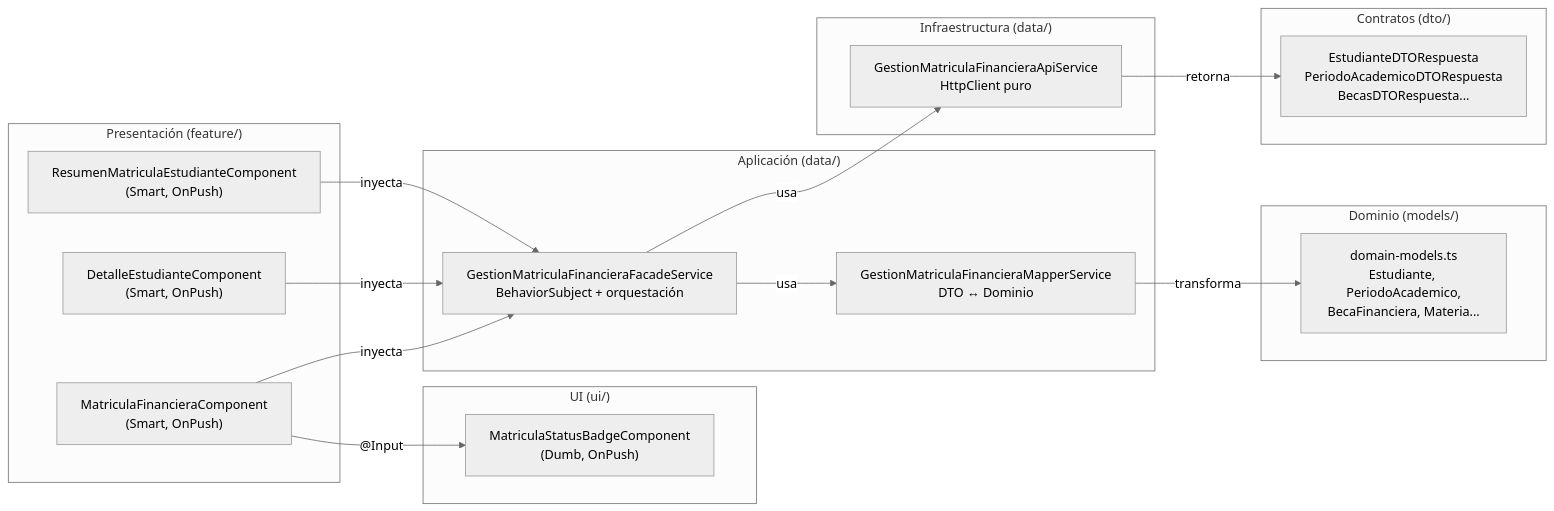
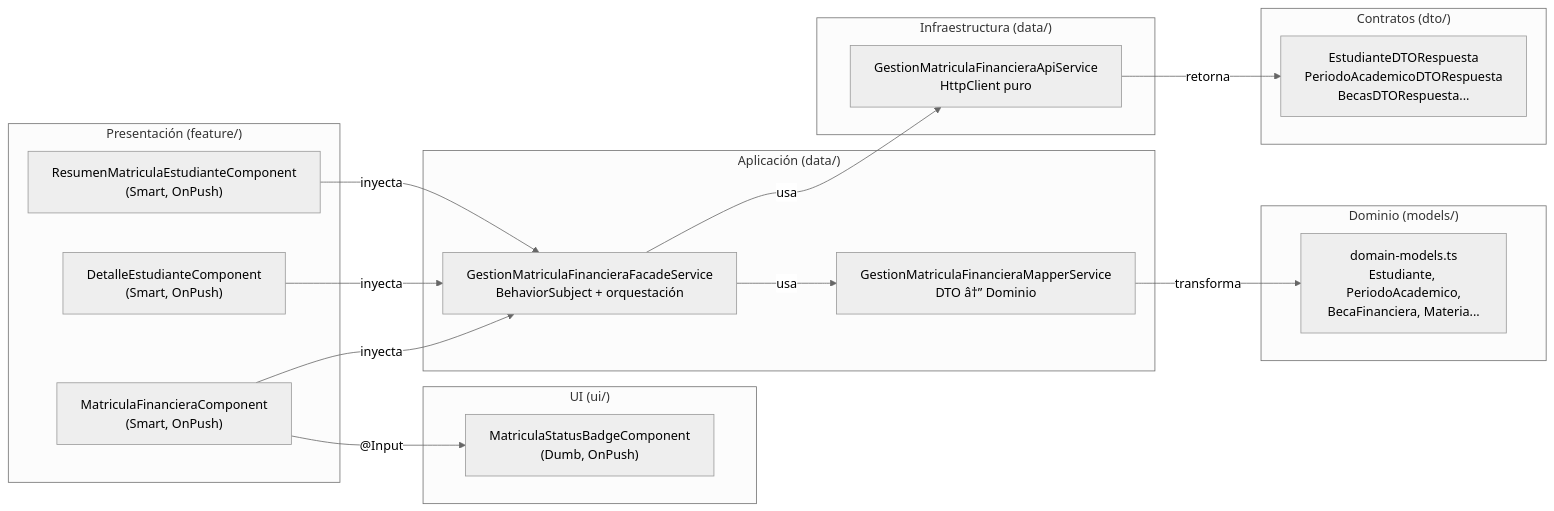
Before and after one commit to unicauca-maestria-computacion/ms-maestriacomputacion-front: the first of 2 diagrams in docs/modules/gestion-matricula-financiera.md, drawn with Mermaid (neutral theme). The commit also changed other lines of this file and 45 other files, not shown here.

First line of the commit message:
docs: consolidate architectural documentation and synchronize design systems

````diff
--- a/docs/modules/gestion-matricula-financiera.md
+++ b/docs/modules/gestion-matricula-financiera.md
@@ -62,33 +66,33 @@
 ```mermaid
 graph LR
   subgraph "Presentación (feature/)"
     MF["MatriculaFinancieraComponent\n(Smart, OnPush)"]
     DE["DetalleEstudianteComponent\n(Smart, OnPush)"]
     RME["ResumenMatriculaEstudianteComponent\n(Smart, OnPush)"]
   end
   subgraph "UI (ui/)"
     MSB["MatriculaStatusBadgeComponent\n(Dumb, OnPush)"]
   end
   subgraph "Aplicación (data/)"
     F["GestionMatriculaFinancieraFacadeService\nBehaviorSubject + orquestación"]
-    M["GestionMatriculaFinancieraMapperService\nDTO ↔ Dominio"]
+    M["GestionMatriculaFinancieraMapperService\nDTO â†” Dominio"]
   end
   subgraph "Infraestructura (data/)"
     A["GestionMatriculaFinancieraApiService\nHttpClient puro"]
   end
   subgraph "Dominio (models/)"
     DM["domain-models.ts\nEstudiante, PeriodoAcademico,\nBecaFinanciera, Materia..."]
   end
   subgraph "Contratos (dto/)"
     DTO["EstudianteDTORespuesta\nPeriodoAcademicoDTORespuesta\nBecasDTORespuesta..."]
   end
 
   MF -->|"inyecta"| F
   DE -->|"inyecta"| F
   RME -->|"inyecta"| F
   MF -->|"@Input"| MSB
   F -->|"usa"| A
   F -->|"usa"| M
   A -->|"retorna"| DTO
   M -->|"transforma"| DM
 ```
````
